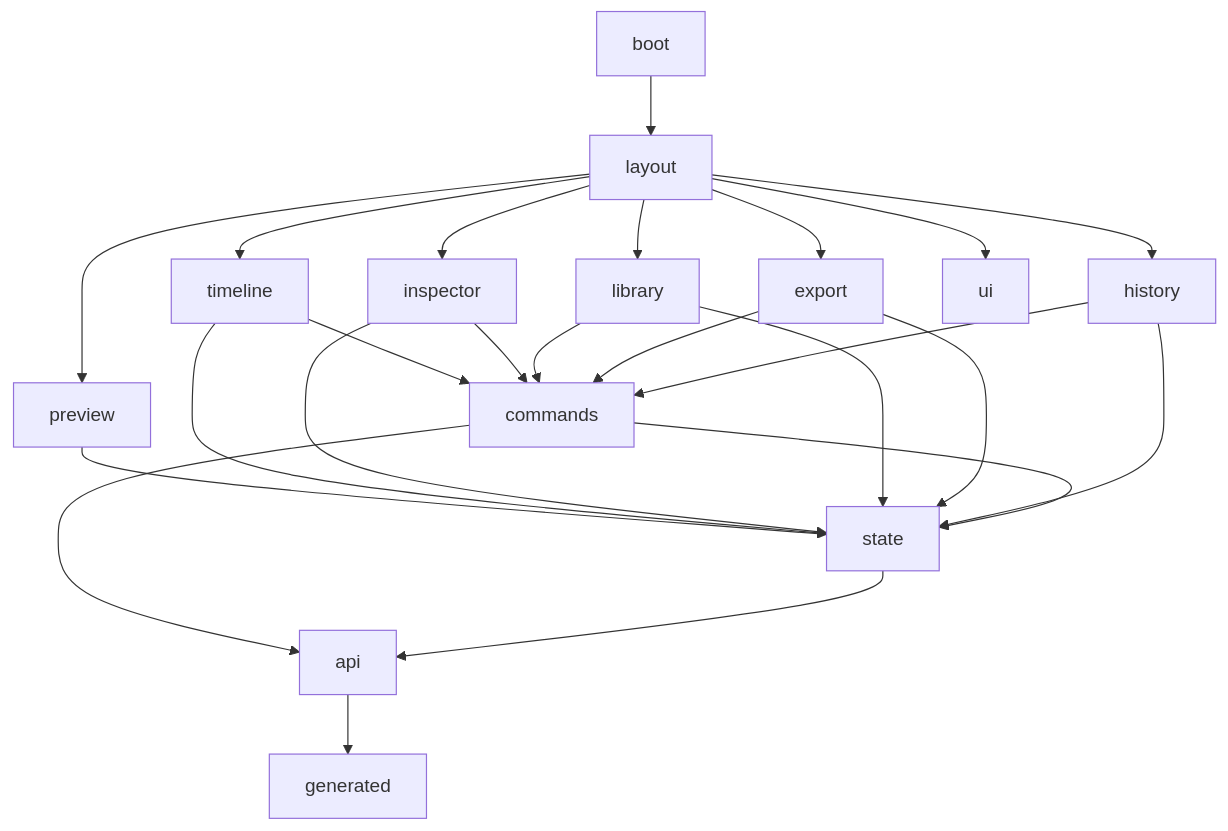
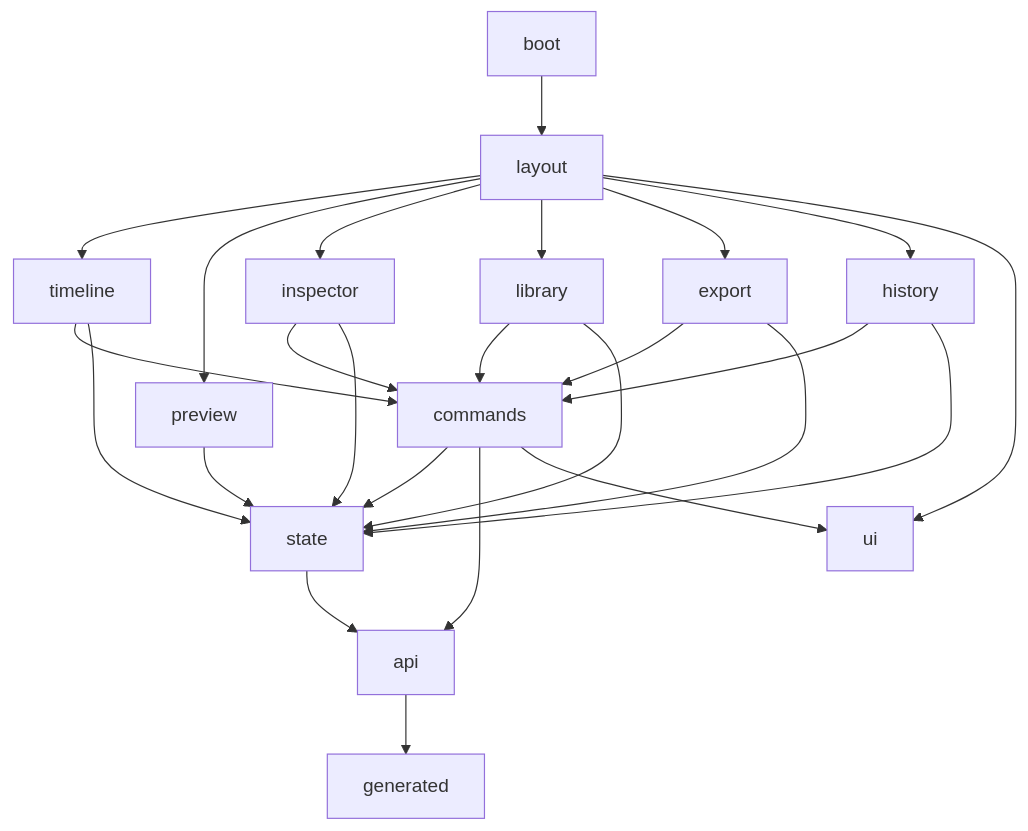
One commit to AlexGalhardo/stuarty changed the first of 3 diagrams in docs/sdds/012-ui-architecture.md. Above: the diagram before and after it, drawn with Mermaid. The commit also changed other lines of this file and 1 other file, not shown here.

Commit message:
fix(ui): let commands import ui and layout import commands in the thin-client check

````diff
--- a/docs/sdds/012-ui-architecture.md
+++ b/docs/sdds/012-ui-architecture.md
@@ -202,20 +202,21 @@
 ```mermaid
 flowchart TD
   boot --> layout
   layout --> timeline & preview & inspector & library & export & history & ui
   timeline --> commands
   inspector --> commands
   library --> commands
   export --> commands
   history --> commands
   preview --> state
   timeline --> state
   inspector --> state
   library --> state
   export --> state
   history --> state
   commands --> state
   commands --> api
+  commands --> ui
   state --> api
   api --> generated
 ```
````
